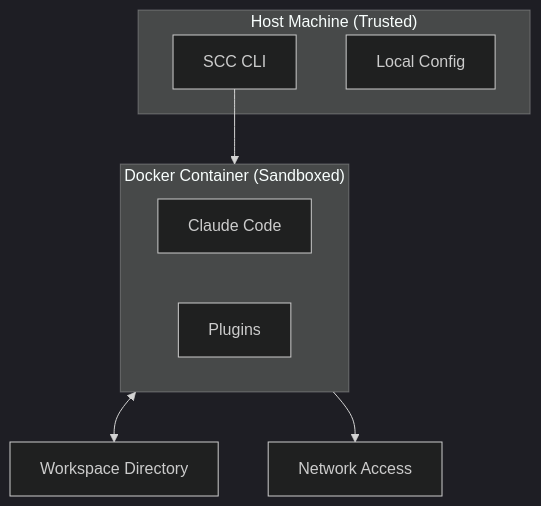
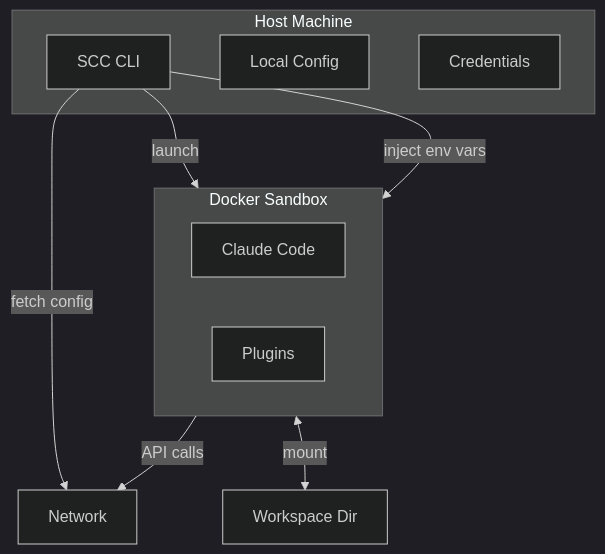
One commit to CCimen/scc changed the second of 3 diagrams in docs/ARCHITECTURE.md. Above: the diagram before and after it, drawn with Mermaid (dark theme). The commit also changed other lines of this file and 18 other files, not shown here.

````diff
--- a/docs/ARCHITECTURE.md
+++ b/docs/ARCHITECTURE.md
@@ -39,18 +40,22 @@
 ```mermaid
 graph TB
-    subgraph Host["Host Machine (Trusted)"]
+    subgraph Host[Host Machine]
         CLI[SCC CLI]
         Config[Local Config]
+        Creds[Credentials]
     end
 
-    subgraph Container["Docker Container (Sandboxed)"]
+    subgraph Container[Docker Sandbox]
         Claude[Claude Code]
         Plugins[Plugins]
     end
 
-    Workspace[Workspace Directory]
+    Workspace[Workspace Dir]
+    Network[Network]
 
-    CLI --> Container
-    Container <--> Workspace
-    Container --> Network[Network Access]
+    CLI -->|launch| Container
+    CLI -->|inject env vars| Container
+    CLI -->|fetch config| Network
+    Container <-->|mount| Workspace
+    Container -->|API calls| Network
 ```
````
